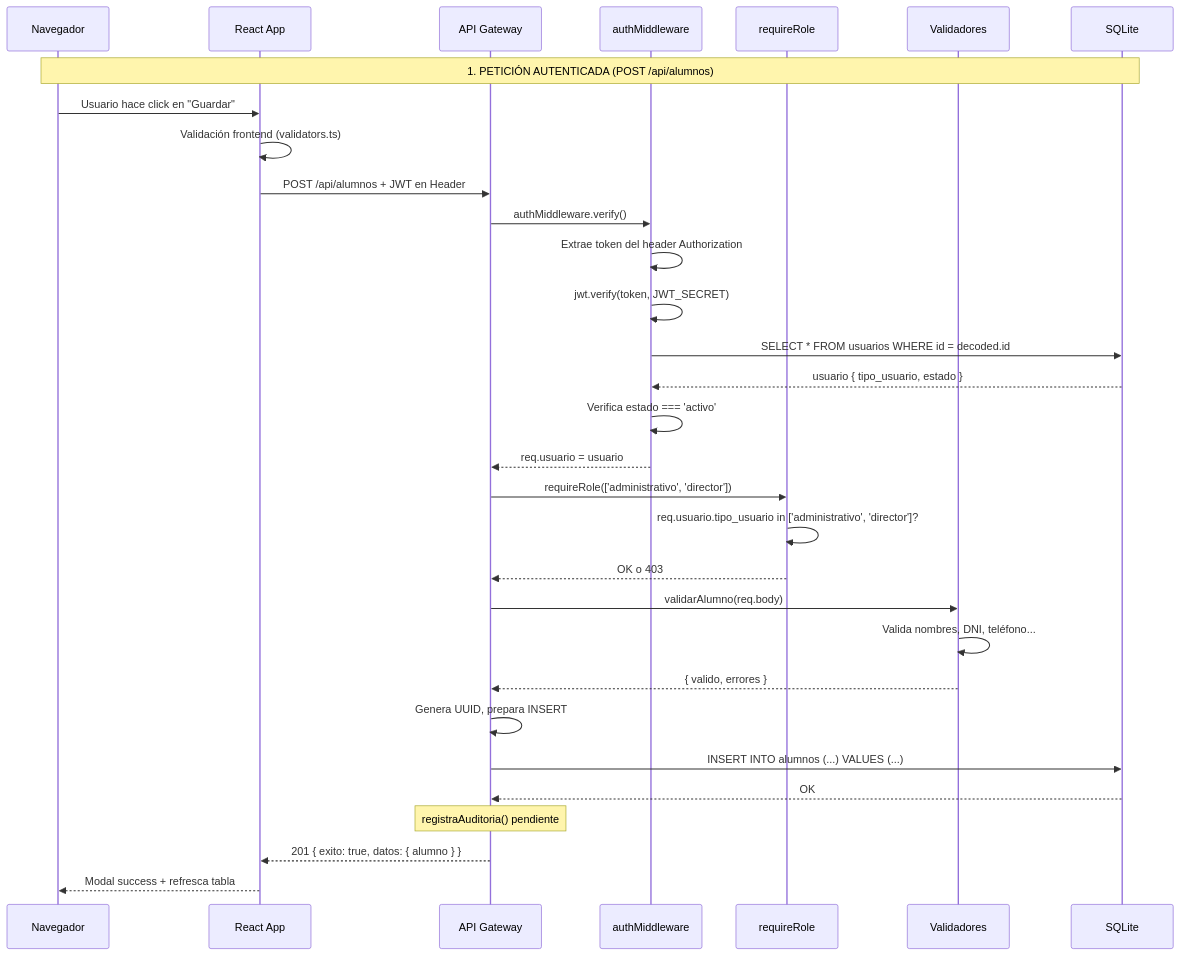
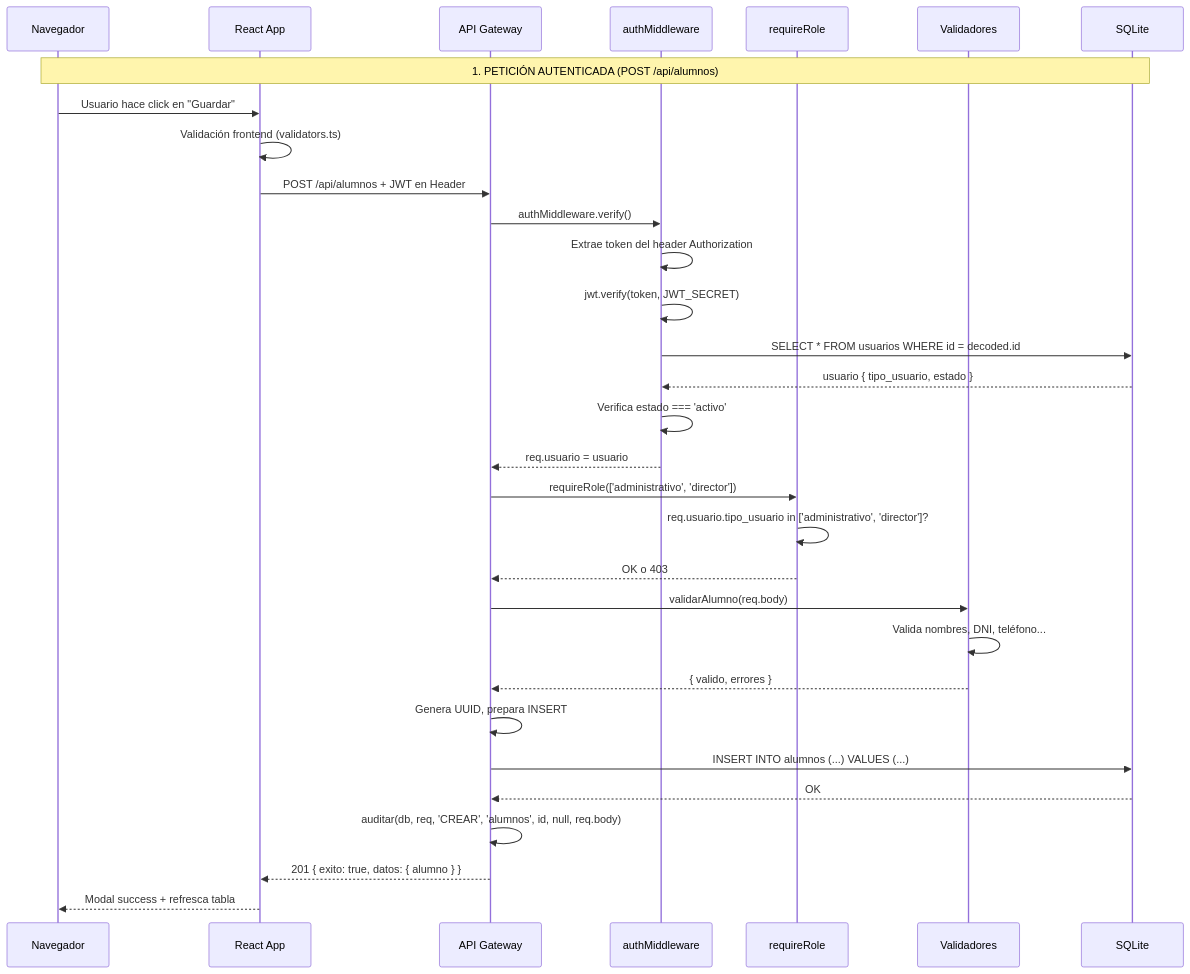
One commit to EdwardAR/SOA changed the second of 8 diagrams in README.md. Above: the diagram before and after it, drawn with Mermaid. The commit also changed other lines of this file and 9 other files, not shown here.

````diff
--- a/README.md
+++ b/README.md
@@ -75,40 +75,40 @@
 ```mermaid
 sequenceDiagram
     participant B as Navegador
     participant F as React App
     participant G as API Gateway
     participant A as authMiddleware
     participant R as requireRole
     participant V as Validadores
     participant DB as SQLite
 
     Note over B,DB: 1. PETICIÓN AUTENTICADA (POST /api/alumnos)
     B->>F: Usuario hace click en "Guardar"
     F->>F: Validación frontend (validators.ts)
     F->>G: POST /api/alumnos + JWT en Header
     
     G->>A: authMiddleware.verify()
     A->>A: Extrae token del header Authorization
     A->>A: jwt.verify(token, JWT_SECRET)
     A->>DB: SELECT * FROM usuarios WHERE id = decoded.id
     DB-->>A: usuario { tipo_usuario, estado }
     A->>A: Verifica estado === 'activo'
     A-->>G: req.usuario = usuario
 
     G->>R: requireRole(['administrativo', 'director'])
     R->>R: req.usuario.tipo_usuario in ['administrativo', 'director']?
     R-->>G: OK o 403
 
     G->>V: validarAlumno(req.body)
     V->>V: Valida nombres, DNI, teléfono...
     V-->>G: { valido, errores }
 
     G->>G: Genera UUID, prepara INSERT
     G->>DB: INSERT INTO alumnos (...) VALUES (...)
     DB-->>G: OK
 
-    Note over G: registraAuditoria() pendiente
+    G->>G: auditar(db, req, 'CREAR', 'alumnos', id, null, req.body)
 
     G-->>F: 201 { exito: true, datos: { alumno } }
     F-->>B: Modal success + refresca tabla
 ```
````
